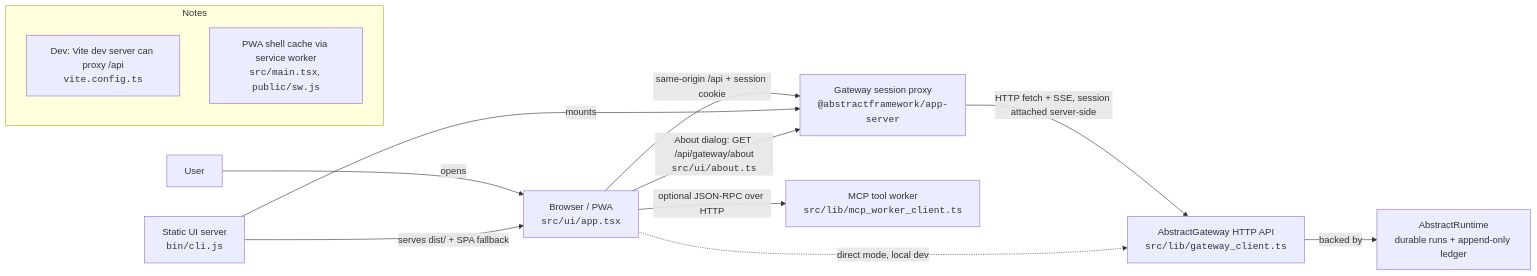
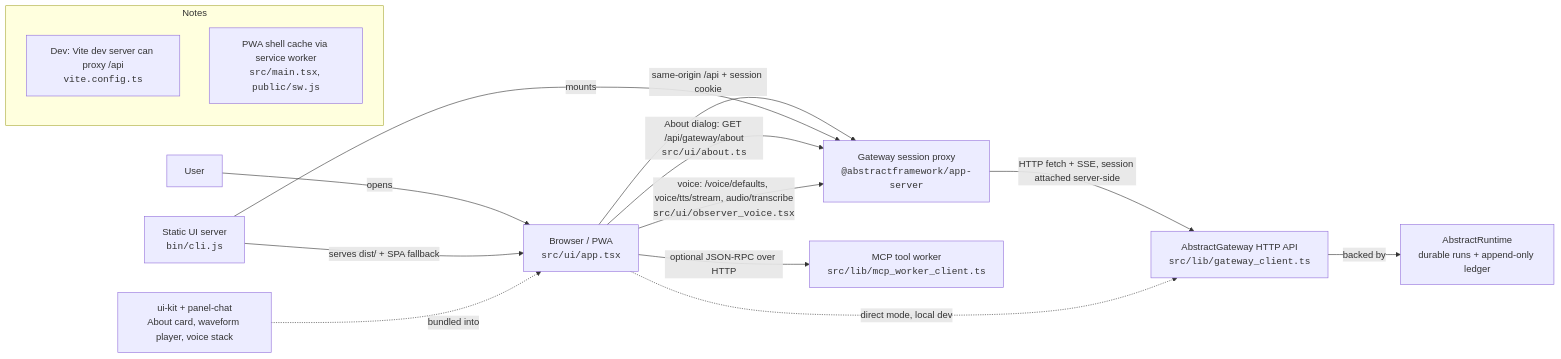
One commit to lpalbou/AbstractObserver changed the first of 3 diagrams in docs/architecture.md. Above: the diagram before and after it, drawn with Mermaid. The commit also changed other lines of this file and 7 other files, not shown here.

Commit message:
0.7.0 (planned, 2026-10-04): CHANGELOG dated section; package.json 0.7.0, ui-kit ^0.8.0, panel-chat ^0.3.1 (package-lock not relocked); docs: AbstractGateway 0.13.0 for voice and archived runs, About card in README, voice + kit in the architecture diagram; llms regenerated

````diff
--- a/docs/architecture.md
+++ b/docs/architecture.md
@@ -21,17 +21,19 @@
 ```mermaid
 flowchart LR
   U[User] -->|opens| B[Browser / PWA<br/><code>src/ui/app.tsx</code>]
   S[Static UI server<br/><code>bin/cli.js</code>] -->|serves dist/ + SPA fallback| B
   B -->|same-origin /api + session cookie| P[Gateway session proxy<br/><code>@abstractframework/app-server</code>]
   S -->|mounts| P
   P -->|HTTP fetch + SSE, session attached server-side| G[AbstractGateway HTTP API<br/><code>src/lib/gateway_client.ts</code>]
   B -->|About dialog: GET /api/gateway/about<br/><code>src/ui/about.ts</code>| P
+  B -->|voice: /voice/defaults, voice/tts/stream, audio/transcribe<br/><code>src/ui/observer_voice.tsx</code>| P
+  K[ui-kit + panel-chat<br/>About card, waveform player, voice stack] -.->|bundled into| B
   B -.->|direct mode, local dev| G
   G -->|backed by| R[AbstractRuntime<br/>durable runs + append-only ledger]
   B -->|optional JSON-RPC over HTTP| W[MCP tool worker<br/><code>src/lib/mcp_worker_client.ts</code>]
 
   subgraph Notes[Notes]
     N1[Dev: Vite dev server can proxy /api<br/><code>vite.config.ts</code>]
     N2[PWA shell cache via service worker<br/><code>src/main.tsx</code>, <code>public/sw.js</code>]
   end
 ```
````
